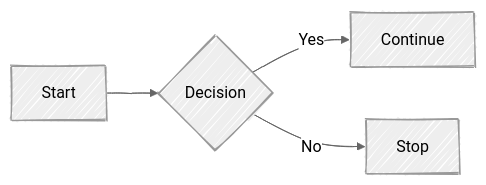
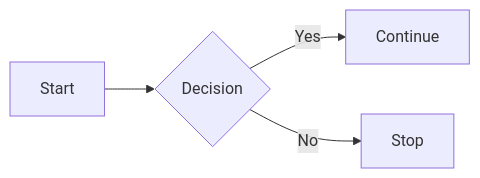
The diagram in README.md (kf-martins-uel/algoritmos-atividade1), drawn with Mermaid before and after one commit. The commit also changed other lines of this file and 28 other files, not shown here.

Commit message:
at7 mermaid

````diff
--- a/README.md
+++ b/README.md
@@ -11,12 +11,7 @@
 ```mermaid
----
-config:
-  look: handDrawn
-  theme: neutral
----
 flowchart LR
   A[Start] --> B{Decision}
   B -->|Yes| C[Continue]
   B -->|No| D[Stop]
 
 ```    
````
